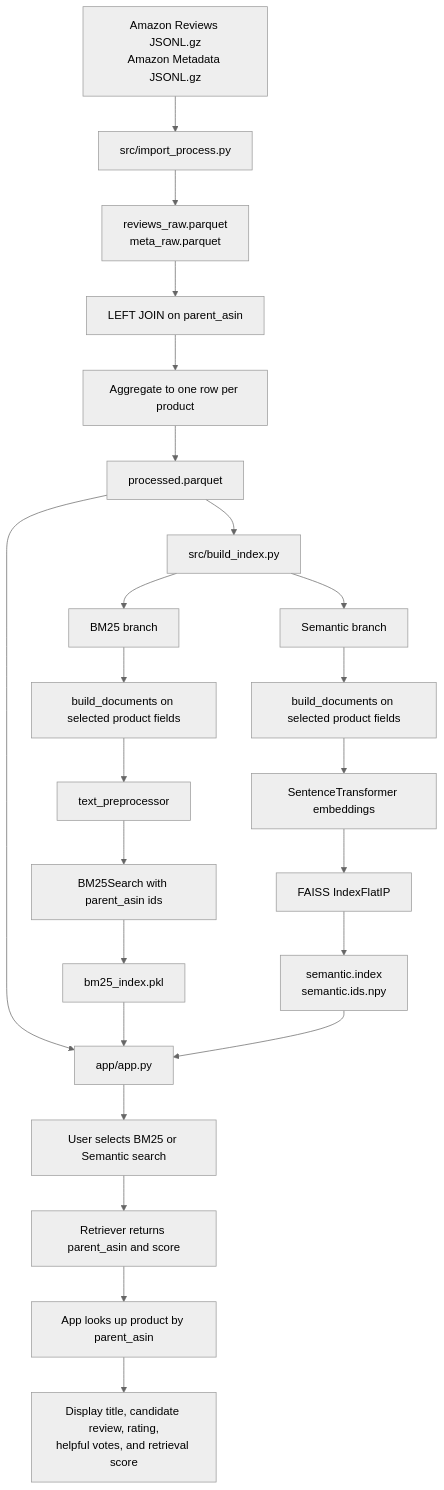
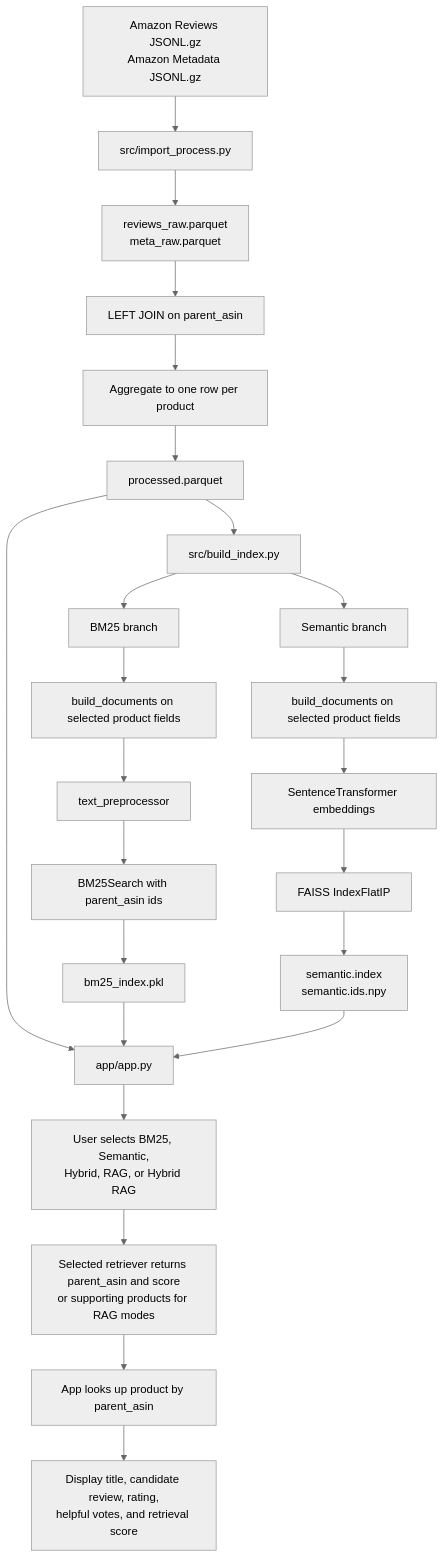
The diagram in results/flow_chart_2.md (iangault/product-search-rag), drawn with Mermaid (neutral theme) before and after one commit. The commit also changed other lines of this file and 3 other files, not shown here.

````diff
--- a/results/flow_chart_2.md
+++ b/results/flow_chart_2.md
@@ -5,30 +5,30 @@
 ```mermaid
 flowchart TD
     A[Amazon Reviews JSONL.gz<br/>Amazon Metadata JSONL.gz] --> B[src/import_process.py]
     B --> C[reviews_raw.parquet<br/>meta_raw.parquet]
     C --> D[LEFT JOIN on parent_asin]
     D --> E[Aggregate to one row per product]
     E --> F[processed.parquet]
 
     F --> G[src/build_index.py]
 
     G --> H[BM25 branch]
     H --> H1[build_documents on selected product fields]
     H1 --> H2[text_preprocessor]
     H2 --> H3[BM25Search with parent_asin ids]
     H3 --> H4[bm25_index.pkl]
 
     G --> I[Semantic branch]
     I --> I1[build_documents on selected product fields]
     I1 --> I2[SentenceTransformer embeddings]
     I2 --> I3[FAISS IndexFlatIP]
     I3 --> I4[semantic.index<br/>semantic.ids.npy]
 
     F --> J[app/app.py]
     H4 --> J
     I4 --> J
-    J --> K[User selects BM25 or Semantic search]
-    K --> L[Retriever returns parent_asin and score]
+    J --> K[User selects BM25, Semantic,<br/>Hybrid, RAG, or Hybrid RAG]
+    K --> L[Selected retriever returns parent_asin and score<br/>or supporting products for RAG modes]
     L --> M[App looks up product by parent_asin]
     M --> N[Display title, candidate review, rating,<br/>helpful votes, and retrieval score]
 ```
````
